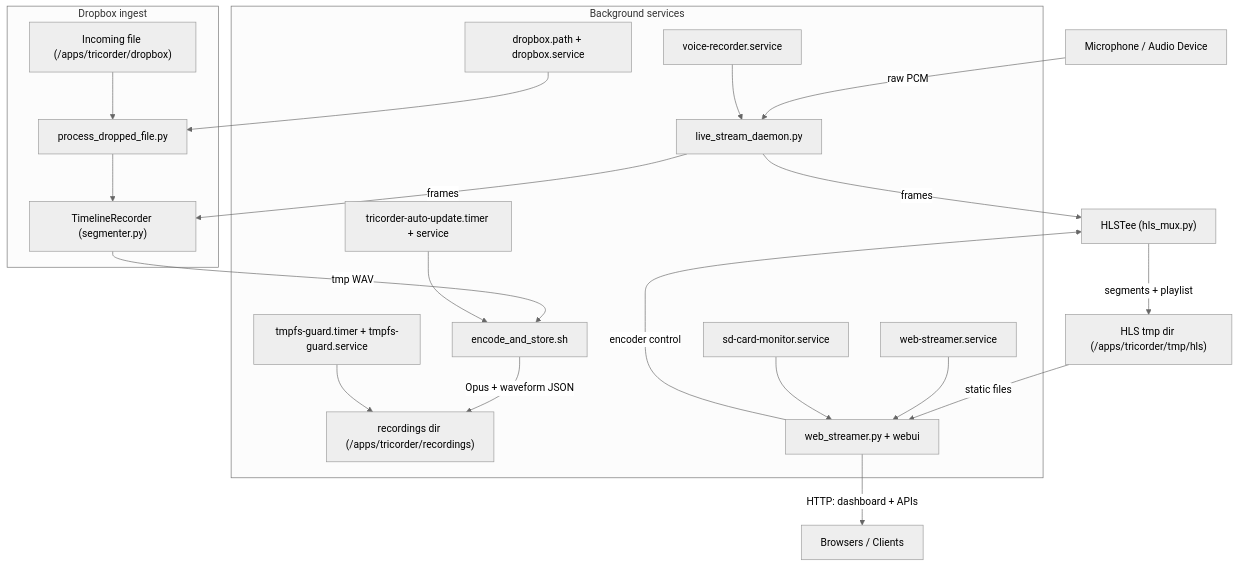
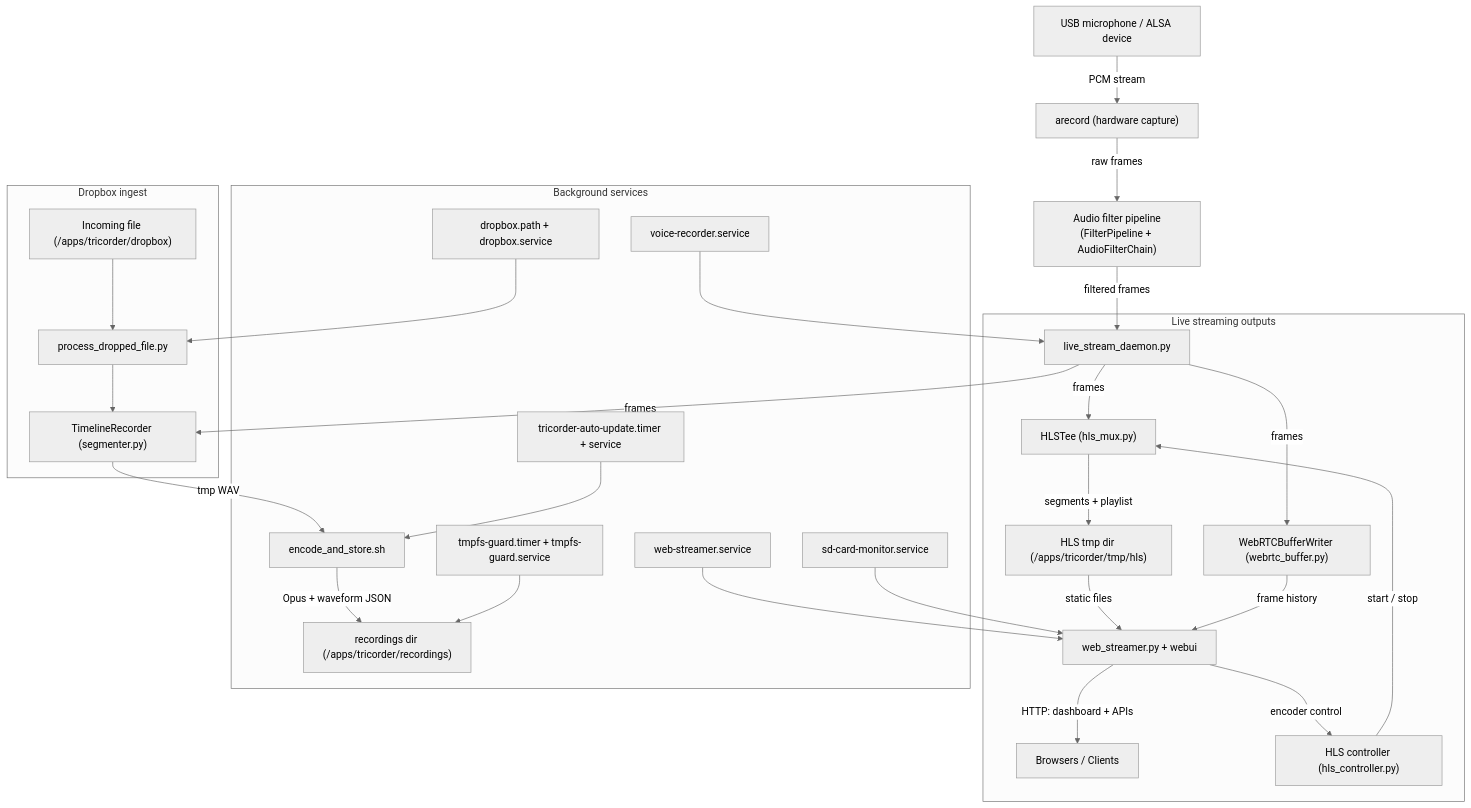
Before and after one commit to JoshuaDodds/tricorder: the diagram in README.md, drawn with Mermaid (neutral theme). The commit also changed other lines of this file and 1 other file, not shown here.

Commit message:
Clarify frame flow documentation

````diff
--- a/README.md
+++ b/README.md
@@ -37,27 +37,36 @@
 ```mermaid
 graph TD
-    A[Microphone / Audio Device] -->|raw PCM| B[live_stream_daemon.py];
-    B -->|frames| C["TimelineRecorder (segmenter.py)"];
+    HW[USB microphone / ALSA device] -->|PCM stream| AR["arecord (hardware capture)"];
+    AR -->|raw frames| FP["Audio filter pipeline\n(FilterPipeline + AudioFilterChain)"];
+    FP -->|filtered frames| LS[live_stream_daemon.py];
+
+    LS -->|frames| C["TimelineRecorder (segmenter.py)"];
     C -->|tmp WAV| D[encode_and_store.sh];
     D -->|Opus + waveform JSON| E["recordings dir (/apps/tricorder/recordings)"];
 
-    B -->|frames| H["HLSTee (hls_mux.py)"];
-    H -->|segments + playlist| I["HLS tmp dir (/apps/tricorder/tmp/hls)"];
-    I -->|static files| J["web_streamer.py + webui"];
-    J -->|HTTP: dashboard + APIs| K[Browsers / Clients];
-    J -->|encoder control| H;
+    subgraph "Live streaming outputs"
+        LS -->|frames| H["HLSTee (hls_mux.py)"];
+        H -->|segments + playlist| I["HLS tmp dir (/apps/tricorder/tmp/hls)"];
+        I -->|static files| J["web_streamer.py + webui"];
+        J -->|HTTP: dashboard + APIs| K[Browsers / Clients];
+        J -->|encoder control| CTRL["HLS controller (hls_controller.py)"];
+        CTRL -->|start / stop| H;
+
+        LS -->|frames| WBR["WebRTCBufferWriter (webrtc_buffer.py)"];
+        WBR -->|frame history| J;
+    end
 
     subgraph "Dropbox ingest"
         F["Incoming file (/apps/tricorder/dropbox)"] --> G[process_dropped_file.py];
         G --> C;
     end
 
     subgraph "Background services"
-        SM_voice_recorder[voice-recorder.service] --> B;
+        SM_voice_recorder[voice-recorder.service] --> LS;
         SM_web_streamer[web-streamer.service] --> J;
         SM_dropbox[dropbox.path + dropbox.service] --> G;
         SM_tmpfs[tmpfs-guard.timer + tmpfs-guard.service] --> E;
         SM_updater[tricorder-auto-update.timer + service] --> D;
         SM_sd_monitor[sd-card-monitor.service] --> J;
     end
 ```
````
